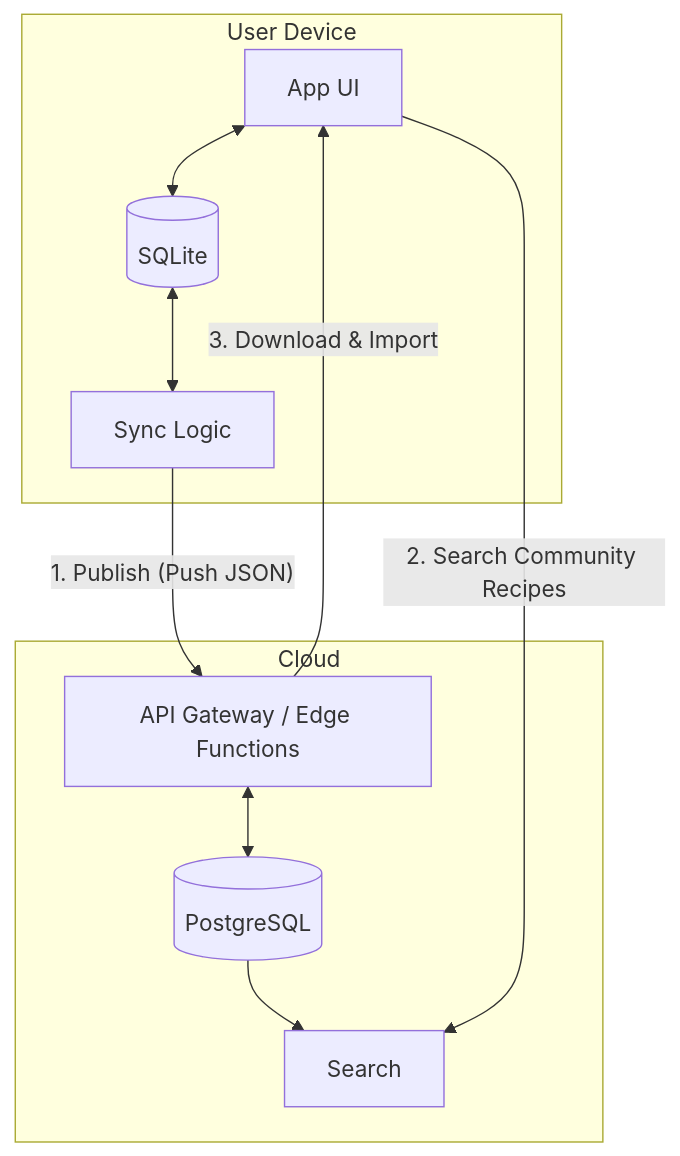
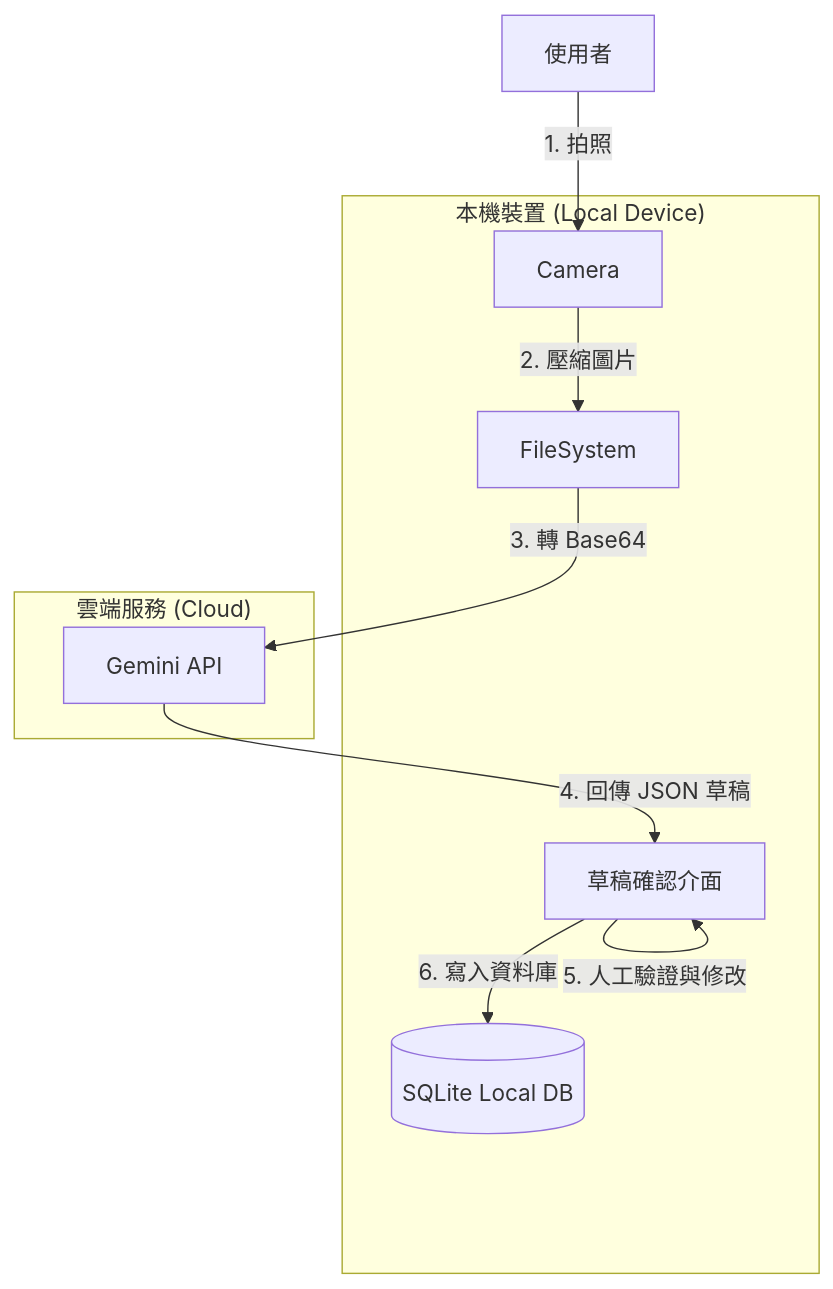
The diagram in README.md (Chious/ai-diet-planner), drawn with Mermaid before and after one commit. The commit also changed other lines of this file and 22 other files, not shown here.

````diff
--- a/README.md
+++ b/README.md
@@ -21,24 +33,22 @@
 ```mermaid
 graph TD
-    subgraph User Device
-        UI[App UI]
-        LocalDB[(SQLite)]
-        Logic[Sync Logic]
-        
-        UI <--> LocalDB
-        LocalDB <--> Logic
+    User[使用者] -->|1. 拍照| Camera
+    Camera -->|2. 壓縮圖片| FileSystem
+    FileSystem -->|3. 轉 Base64| Gemini[Gemini API]
+    
+    Gemini -->|4. 回傳 JSON 草稿| UI[草稿確認介面]
+    
+    UI -->|5. 人工驗證與修改| UI
+    UI -->|6. 寫入資料庫| DB[(SQLite Local DB)]
+    
+    subgraph "本機裝置 (Local Device)"
+        Camera
+        FileSystem
+        UI
+        DB
     end
-
-    subgraph Cloud
-        API[API Gateway / Edge Functions]
-        CloudDB[(PostgreSQL)]
-        Search
-        
-        API <--> CloudDB
-        CloudDB --> Search
+    
+    subgraph "雲端服務 (Cloud)"
+        Gemini
     end
-
-    Logic -- "1. Publish (Push JSON)" --> API
-    UI -- "2. Search Community Recipes" --> Search
-    API -- "3. Download & Import" --> UI
 ```
````
